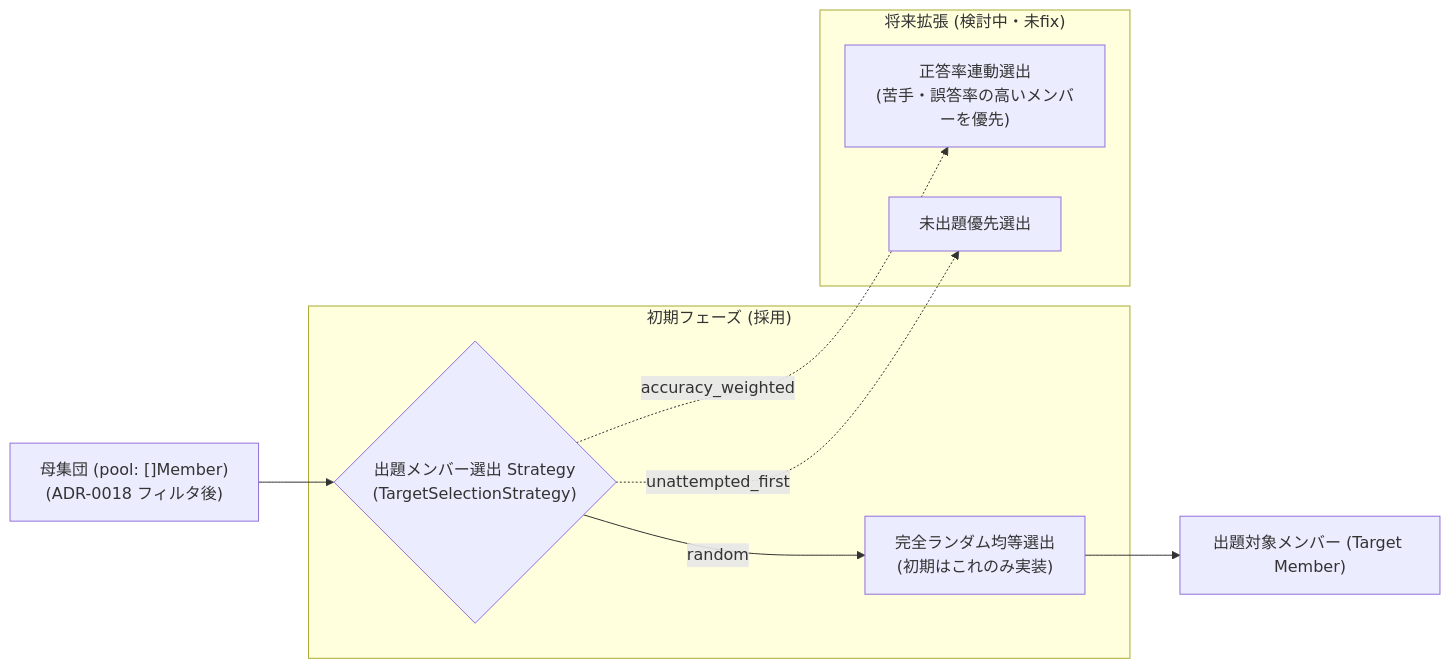
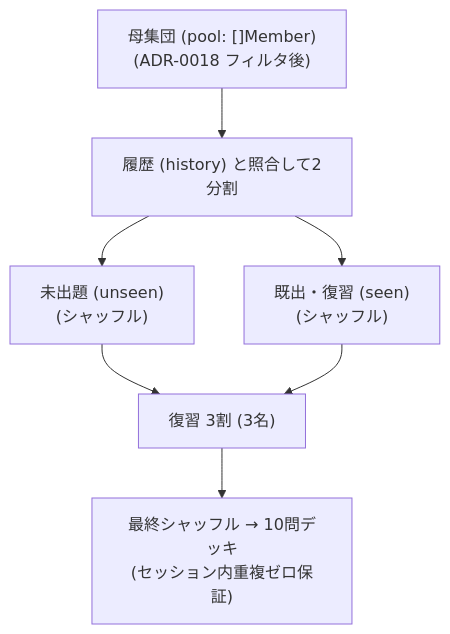
Before and after one commit to AobaIwaki123/penlight-v2: the diagram in adr/0020-quiz-target-member-selection-strategy.md, drawn with Mermaid. The commit also changed other lines of this file and 13 other files, not shown here.

````diff
--- a/adr/0020-quiz-target-member-selection-strategy.md
+++ b/adr/0020-quiz-target-member-selection-strategy.md
@@ -26,15 +24,9 @@
 ```mermaid
-flowchart LR
-    Pool["母集団 (pool: []Member)<br/>(ADR-0018 フィルタ後)"] --> Strategy{"出題メンバー選出 Strategy<br/>(TargetSelectionStrategy)"}
-    
-    subgraph Initial ["初期フェーズ (採用)"]
-        Strategy -->|random| S_Rand["完全ランダム均等選出<br/>(初期はこれのみ実装)"]
-    end
-
-    subgraph Future ["将来拡張 (検討中・未fix)"]
-        Strategy -.->|accuracy_weighted| S_Acc["正答率連動選出<br/>(苦手・誤答率の高いメンバーを優先)"]
-        Strategy -.->|unattempted_first| S_Unseen["未出題優先選出"]
-    end
-
-    S_Rand --> Target["出題対象メンバー (Target Member)"]
+flowchart TD
+    Pool["母集団 (pool: []Member)<br/>(ADR-0018 フィルタ後)"] --> Split["履歴 (history) と照合して2分割"]
+    Split --> Unseen["未出題 (unseen)<br/>(シャッフル)"]
+    Split --> Seen["既出・復習 (seen)<br/>(シャッフル)"]
+    Unseen --> Blend["未出題 7割 (7名)"]
+    Seen --> Blend["復習 3割 (3名)"]
+    Blend --> Final["最終シャッフル → 10問デッキ<br/>(セッション内重複ゼロ保証)"]
 ```
````
